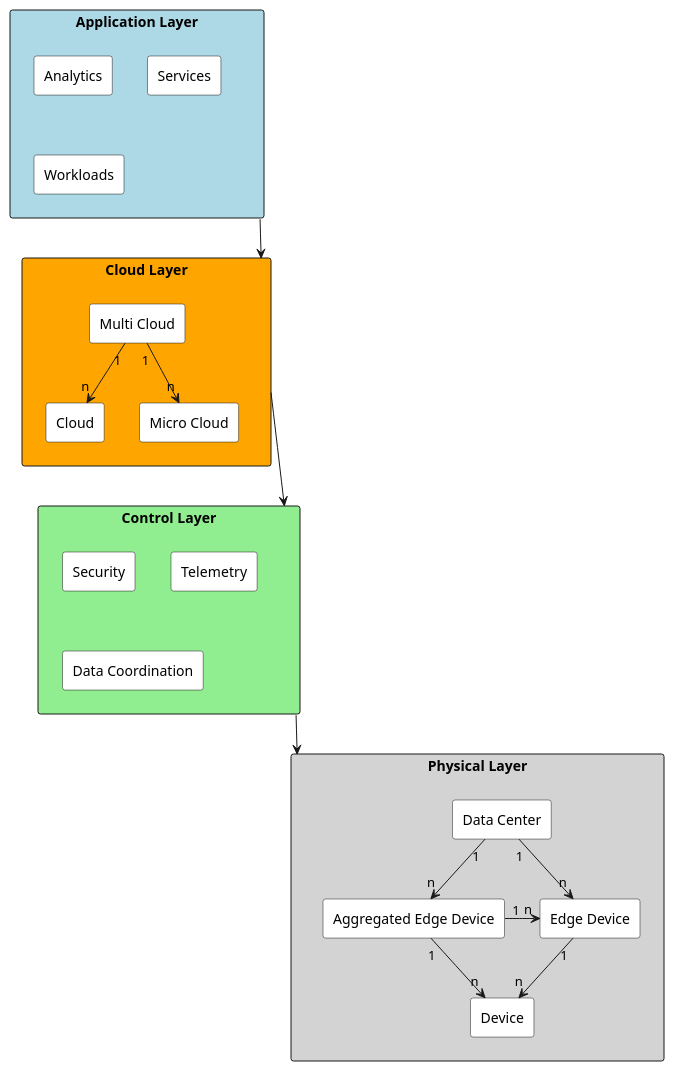
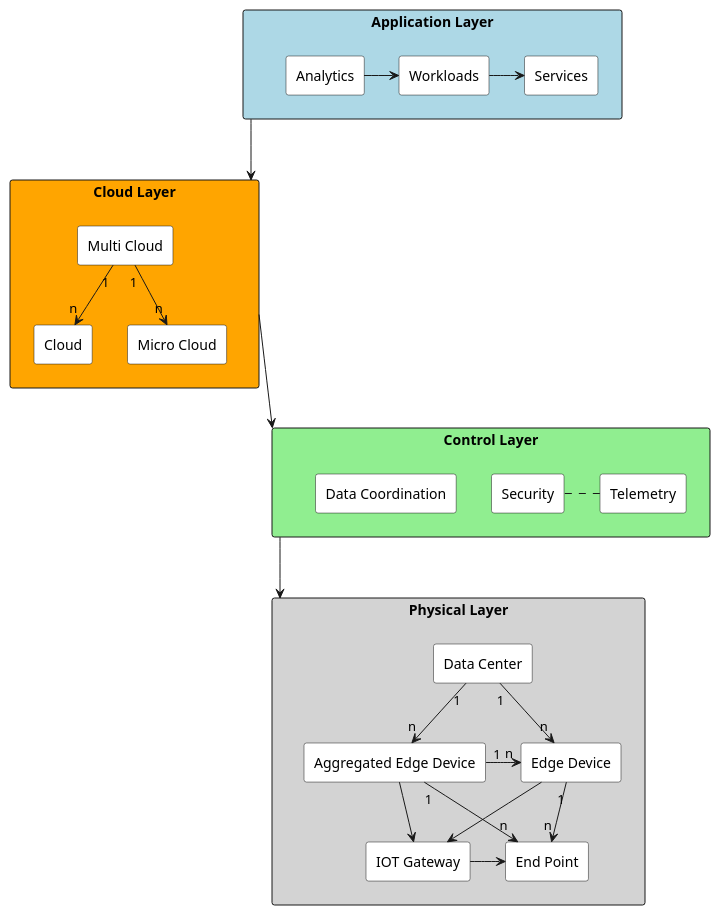
Before and after one commit to CAADE/edgeville: the diagram in docs/Architecture.puml, drawn with PlantUML. The commit also changed 4 other files, not shown here.

```diff
--- a/docs/Architecture.puml
+++ b/docs/Architecture.puml
@@ -1,40 +1,46 @@
 @startuml
 
   rectangle "Application Layer" as AL #lightblue {
     rectangle Analytics #white
     rectangle Services #white
     rectangle Workloads #white
+    Analytics -> Workloads
+    Workloads -> Services
   }
   rectangle "Cloud Layer" as ClL #orange {
     rectangle "Multi Cloud" as MC #white
     rectangle Cloud #white
     rectangle "Micro Cloud" as uC #white
     MC "1" --> "n" Cloud
     MC "1" --> "n" uC
 
   }
   rectangle "Control Layer" as CL #lightgreen {
     rectangle Security #white
     rectangle Telemetry #white
-    rectangle "Data Coordination" #white
+    rectangle "Data Coordination" as CLDC #white
+    Security . Telemetry
 
   }
   rectangle "Physical Layer" as PL #lightgray {
-    rectangle Device #white
+    rectangle "IOT Gateway" as IG #white
+    rectangle "End Point" as Device #white
     rectangle "Edge Device" as ED #white
     rectangle "Aggregated Edge Device" as AED #white
     rectangle "Data Center" as DC #white
-
+    IG -> Device
+    AED --> IG
+    ED --> IG
     ED "1" -> "n" Device
     AED "1" -> "n" ED
     AED "1" --> "n" Device
     DC "1" --> "n" ED
     DC "1" --> "n" AED
 
   }
 
  AL ---> ClL
  ClL ---> CL
  CL ---> PL
 
 @enduml
```
